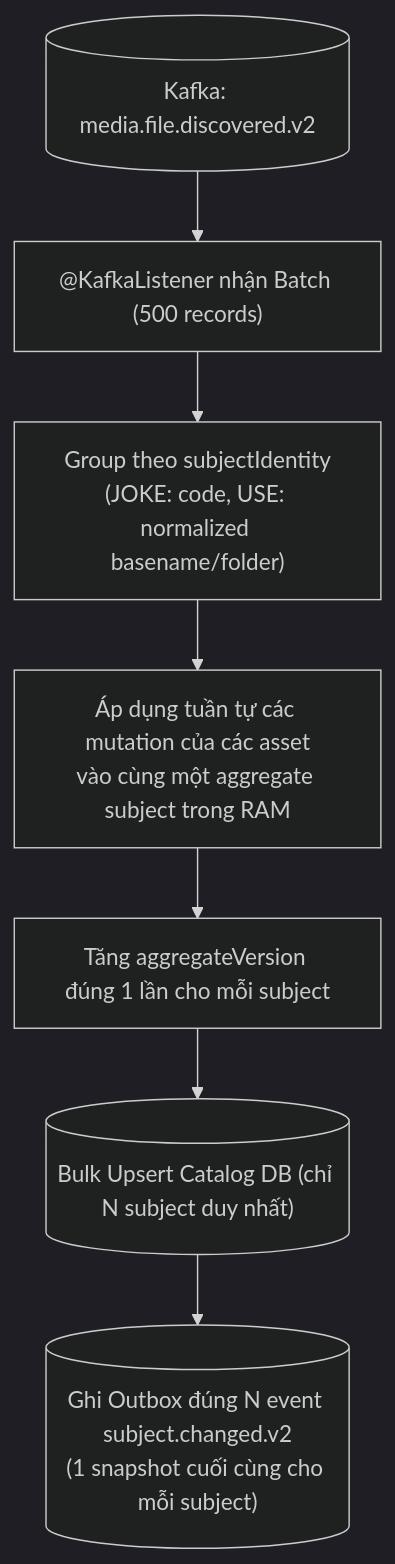
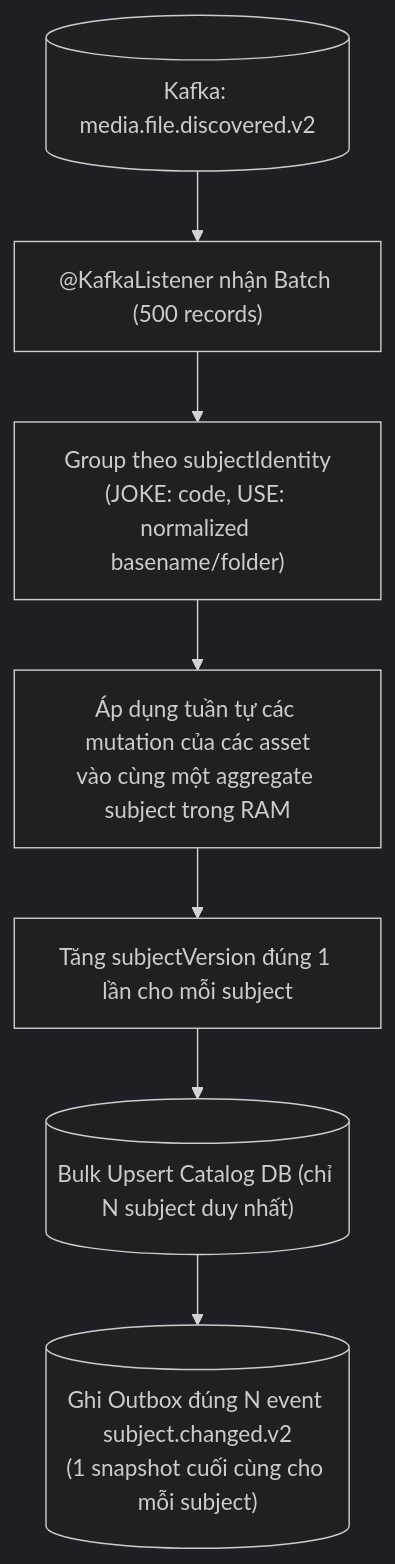
Before and after one commit to HungPhan200591/file-mngt-be-v2: the diagram in manual/learning/use-cases/scale-capacity/sc-01-scan-one-million-filesystem-entry/references/ref-bt09d-catalog-batch-coalescing.md, drawn with Mermaid (dark theme). The commit also changed 6 other files, not shown here.

````diff
--- a/manual/learning/use-cases/scale-capacity/sc-01-scan-one-million-filesystem-entry/references/ref-bt09d-catalog-batch-coalescing.md
+++ b/manual/learning/use-cases/scale-capacity/sc-01-scan-one-million-filesystem-entry/references/ref-bt09d-catalog-batch-coalescing.md
@@ -19,9 +19,9 @@
 ```mermaid
 flowchart TD
     KAFKA[("Kafka: media.file.discovered.v2")] --> BATCH_LISTEN["@KafkaListener nhận Batch (500 records)"]
     BATCH_LISTEN --> GROUP["Group theo subjectIdentity<br/>(JOKE: code, USE: normalized basename/folder)"]
     GROUP --> COALESCE["Áp dụng tuần tự các mutation của các asset<br/>vào cùng một aggregate subject trong RAM"]
-    COALESCE --> VERSION["Tăng aggregateVersion đúng 1 lần cho mỗi subject"]
+    COALESCE --> VERSION["Tăng subjectVersion đúng 1 lần cho mỗi subject"]
     VERSION --> BULK_UPSERT[("Bulk Upsert Catalog DB (chỉ N subject duy nhất)")]
     BULK_UPSERT --> OUTBOX[("Ghi Outbox đúng N event subject.changed.v2<br/>(1 snapshot cuối cùng cho mỗi subject)")]
 ```
````
